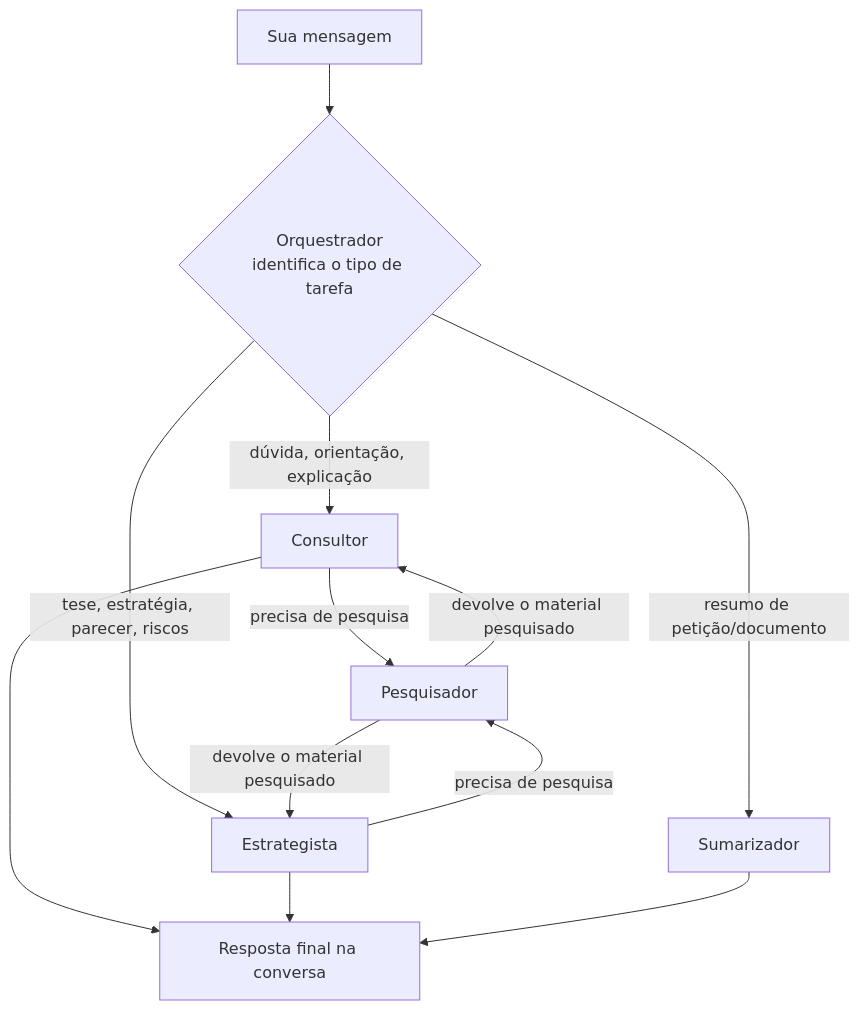
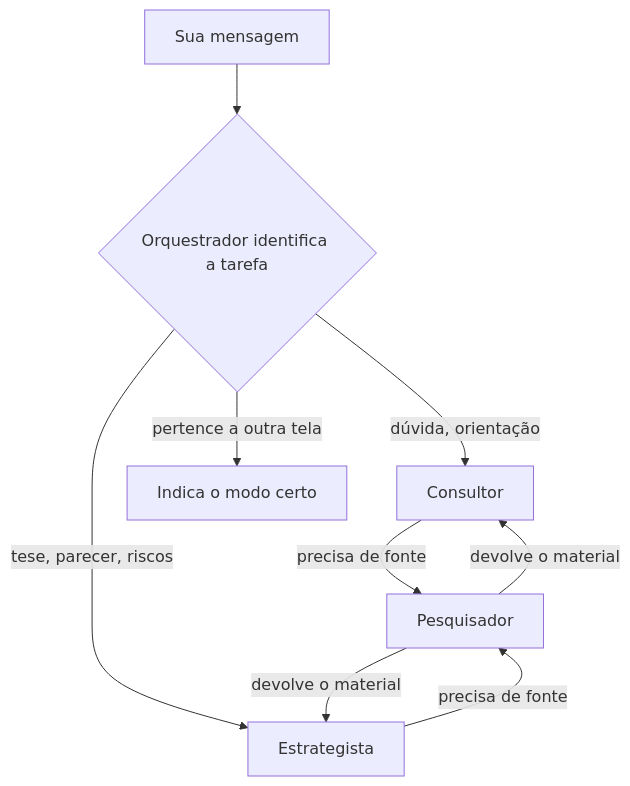
One commit to waacontroladoria/manuais-usuario changed the second of 3 diagrams in WGPT/README.md. Above: the diagram before and after it, drawn with Mermaid. The commit also changed other lines of this file and 6 other files, not shown here.

````diff
--- a/WGPT/README.md
+++ b/WGPT/README.md
@@ -40,14 +109,11 @@
 ```mermaid
 flowchart TD
-    U["Sua mensagem"] --> O{"Orquestrador<br/>identifica o tipo de tarefa"}
-    O -->|"dúvida, orientação, explicação"| CO["Consultor"]
-    O -->|"tese, estratégia, parecer, riscos"| ES["Estrategista"]
-    O -->|"resumo de petição/documento"| SU["Sumarizador"]
-    CO -->|"precisa de pesquisa"| PE["Pesquisador"]
-    ES -->|"precisa de pesquisa"| PE
-    PE -->|"devolve o material pesquisado"| CO
-    PE -->|"devolve o material pesquisado"| ES
-    CO --> R["Resposta final na conversa"]
-    ES --> R
-    SU --> R
+    U["Sua mensagem"] --> O{"Orquestrador identifica a tarefa"}
+    O -->|"dúvida, orientação"| CO["Consultor"]
+    O -->|"tese, parecer, riscos"| ES["Estrategista"]
+    O -->|"pertence a outra tela"| T["Indica o modo certo"]
+    CO -->|"precisa de fonte"| PE["Pesquisador"]
+    ES -->|"precisa de fonte"| PE
+    PE -->|"devolve o material"| CO
+    PE -->|"devolve o material"| ES
 ```
````
